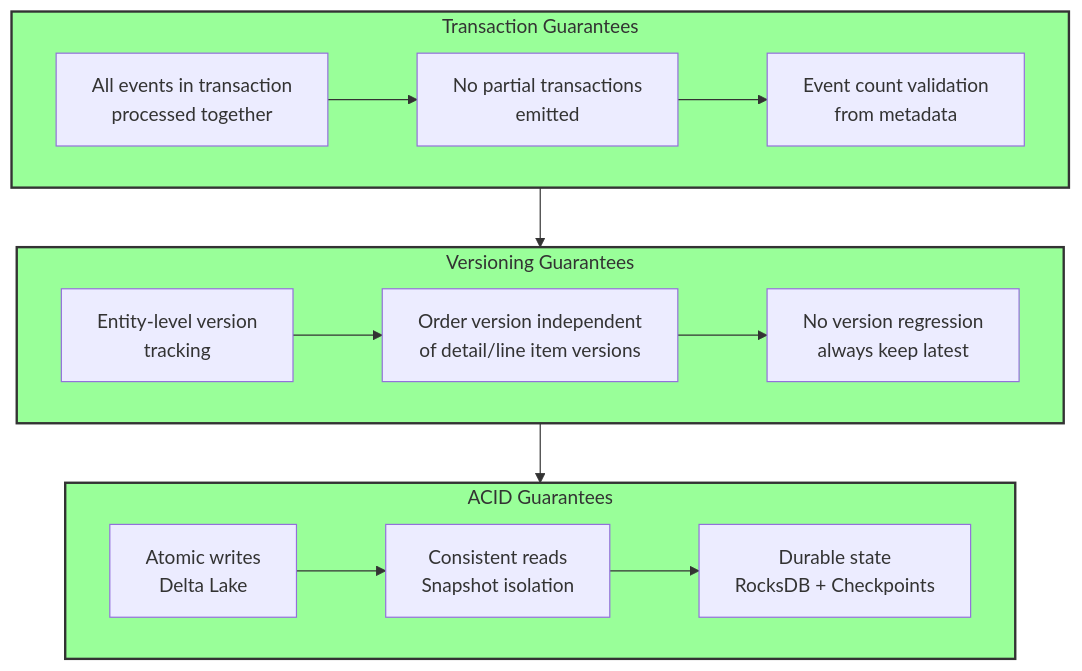
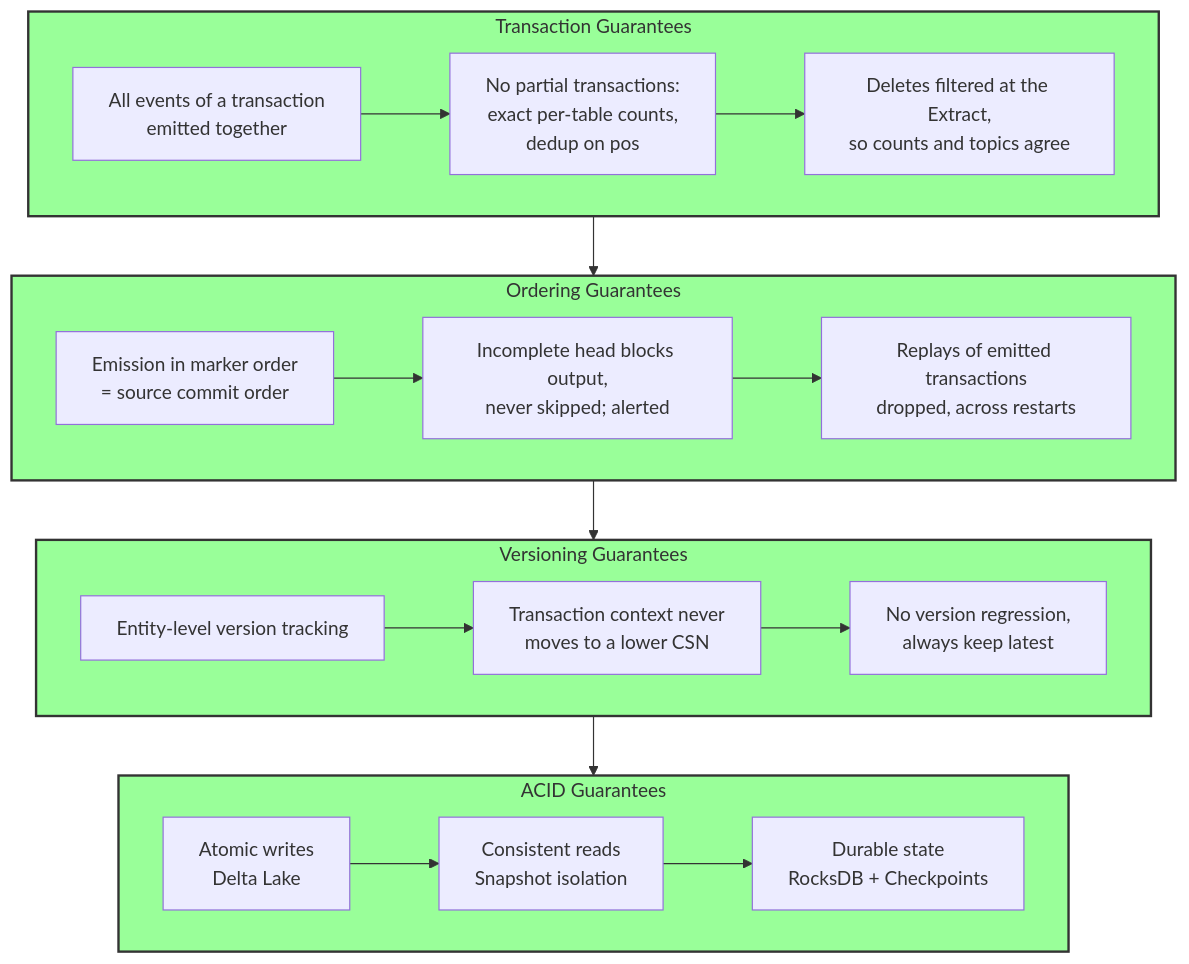
One commit to nnagarajan/transactional-cdc-processing-spark changed the sixth of 6 diagrams in PIPELINE_DIAGRAMS.md. Above: the diagram before and after it, drawn with Mermaid. The commit also changed other lines of this file, not shown here.

Commit message:
changed diagram

````diff
--- a/PIPELINE_DIAGRAMS.md
+++ b/PIPELINE_DIAGRAMS.md
@@ -316,28 +355,35 @@
 ```mermaid
 flowchart TD
     subgraph G1["Transaction Guarantees"]
-        T1[All events in transaction<br/>processed together]
-        T2[No partial transactions<br/>emitted]
-        T3[Event count validation<br/>from metadata]
+        T1[All events of a transaction<br/>emitted together]
+        T2[No partial transactions:<br/>exact per-table counts,<br/>dedup on pos]
+        T3[Deletes filtered at the Extract,<br/>so counts and topics agree]
         T1 --> T2 --> T3
     end
 
+    subgraph G0["Ordering Guarantees"]
+        O1[Emission in marker order<br/>= source commit order]
+        O2[Incomplete head blocks output,<br/>never skipped; alerted]
+        O3[Replays of emitted transactions<br/>dropped, across restarts]
+        O1 --> O2 --> O3
+    end
+
     subgraph G2["Versioning Guarantees"]
-        V1[Entity-level version<br/>tracking]
-        V2[Order version independent<br/>of detail/line item versions]
-        V3[No version regression<br/>always keep latest]
+        V1[Entity-level version tracking]
+        V2[Transaction context never<br/>moves to a lower CSN]
+        V3[No version regression,<br/>always keep latest]
         V1 --> V2 --> V3
     end
 
     subgraph G3["ACID Guarantees"]
         A1[Atomic writes<br/>Delta Lake]
         A2[Consistent reads<br/>Snapshot isolation]
         A3[Durable state<br/>RocksDB + Checkpoints]
         A1 --> A2 --> A3
     end
 
-    G1 --> G2 --> G3
+    G1 --> G0 --> G2 --> G3
 
     classDef guarantee fill:#9f9,stroke:#333,stroke-width:2px
-    class G1,G2,G3 guarantee
+    class G0,G1,G2,G3 guarantee
 ```
````
